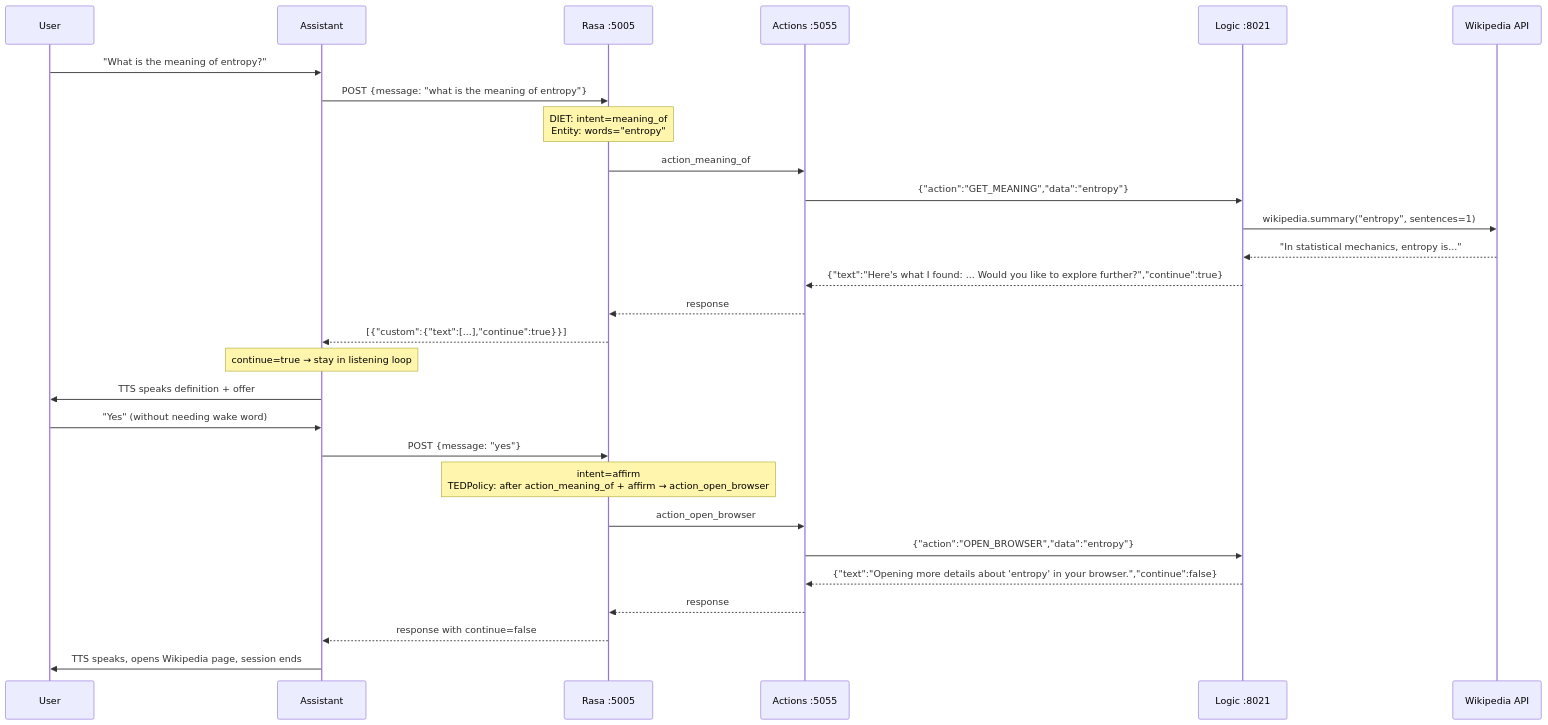
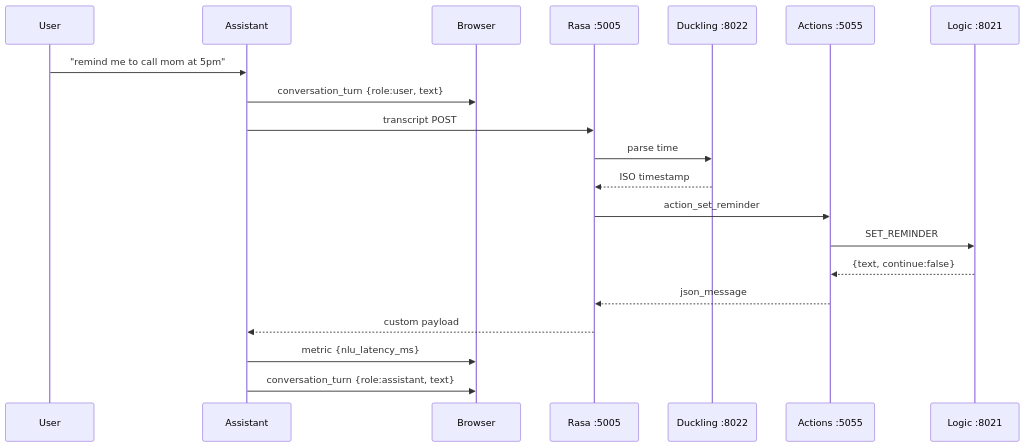
Before and after one commit to kumawat-aditya/elisa-assistant: the second of 3 diagrams in docs/SYSTEM_COMMUNICATION.md, drawn with Mermaid. The commit also changed other lines of this file and 4 other files, not shown here.

````diff
--- a/docs/SYSTEM_COMMUNICATION.md
+++ b/docs/SYSTEM_COMMUNICATION.md
@@ -591,38 +519,23 @@
 ```mermaid
 sequenceDiagram
     participant User
     participant Assistant
+    participant Browser
     participant Rasa as Rasa :5005
+    participant Duckling as Duckling :8022
     participant Actions as Actions :5055
     participant Logic as Logic :8021
-    participant Wiki as Wikipedia API
 
-    User->>Assistant: "What is the meaning of entropy?"
-    Assistant->>Rasa: POST {message: "what is the meaning of entropy"}
-
-    Note over Rasa: DIET: intent=meaning_of<br/>Entity: words="entropy"
-    Rasa->>Actions: action_meaning_of
-    Actions->>Logic: {"action":"GET_MEANING","data":"entropy"}
-
-    Logic->>Wiki: wikipedia.summary("entropy", sentences=1)
-    Wiki-->>Logic: "In statistical mechanics, entropy is..."
-    Logic-->>Actions: {"text":"Here's what I found: ... Would you like to explore further?","continue":true}
-
-    Actions-->>Rasa: response
-    Rasa-->>Assistant: [{"custom":{"text":[...],"continue":true}}]
-
-    Note over Assistant: continue=true → stay in listening loop
-    Assistant->>User: TTS speaks definition + offer
-
-    User->>Assistant: "Yes" (without needing wake word)
-    Assistant->>Rasa: POST {message: "yes"}
-
-    Note over Rasa: intent=affirm<br/>TEDPolicy: after action_meaning_of + affirm → action_open_browser
-    Rasa->>Actions: action_open_browser
-    Actions->>Logic: {"action":"OPEN_BROWSER","data":"entropy"}
-    Logic-->>Actions: {"text":"Opening more details about 'entropy' in your browser.","continue":false}
-
-    Actions-->>Rasa: response
-    Rasa-->>Assistant: response with continue=false
-    Assistant->>User: TTS speaks, opens Wikipedia page, session ends
+    User->>Assistant: "remind me to call mom at 5pm"
+    Assistant->>Browser: conversation_turn {role:user, text}
+    Assistant->>Rasa: transcript POST
+    Rasa->>Duckling: parse time
+    Duckling-->>Rasa: ISO timestamp
+    Rasa->>Actions: action_set_reminder
+    Actions->>Logic: SET_REMINDER
+    Logic-->>Actions: {text, continue:false}
+    Actions-->>Rasa: json_message
+    Rasa-->>Assistant: custom payload
+    Assistant->>Browser: metric {nlu_latency_ms}
+    Assistant->>Browser: conversation_turn {role:assistant, text}
 ```
````
